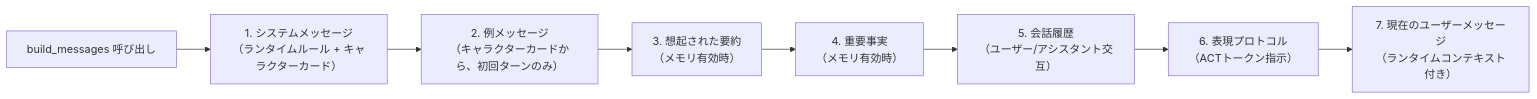
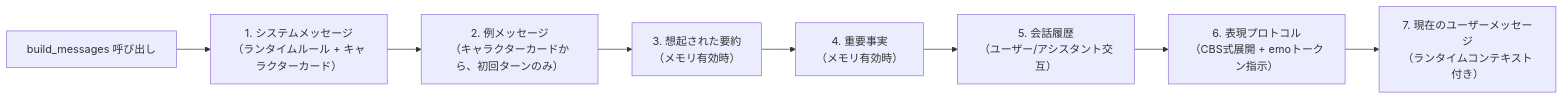
Before and after one commit to pexisgle/ene: the eighth of 13 diagrams in docs/ai-core-flow.md, drawn with Mermaid. The commit also changed other lines of this file and 29 other files, not shown here.

````diff
--- a/docs/ai-core-flow.md
+++ b/docs/ai-core-flow.md
@@ -310,10 +351,10 @@
 ```mermaid
 flowchart LR
     A[build_messages 呼び出し] --> B[1. システムメッセージ<br/>（ランタイムルール + キャラクターカード）]
     B --> C[2. 例メッセージ<br/>（キャラクターカードから、初回ターンのみ）]
     C --> D[3. 想起された要約<br/>（メモリ有効時）]
     D --> E[4. 重要事実<br/>（メモリ有効時）]
     E --> F[5. 会話履歴<br/>（ユーザー/アシスタント交互）]
-    F --> G[6. 表現プロトコル<br/>（ACTトークン指示）]
+    F --> G[6. 表現プロトコル<br/>（CBS式展開 + emoトークン指示）]
     G --> H[7. 現在のユーザーメッセージ<br/>（ランタイムコンテキスト付き）]
 ```
````
